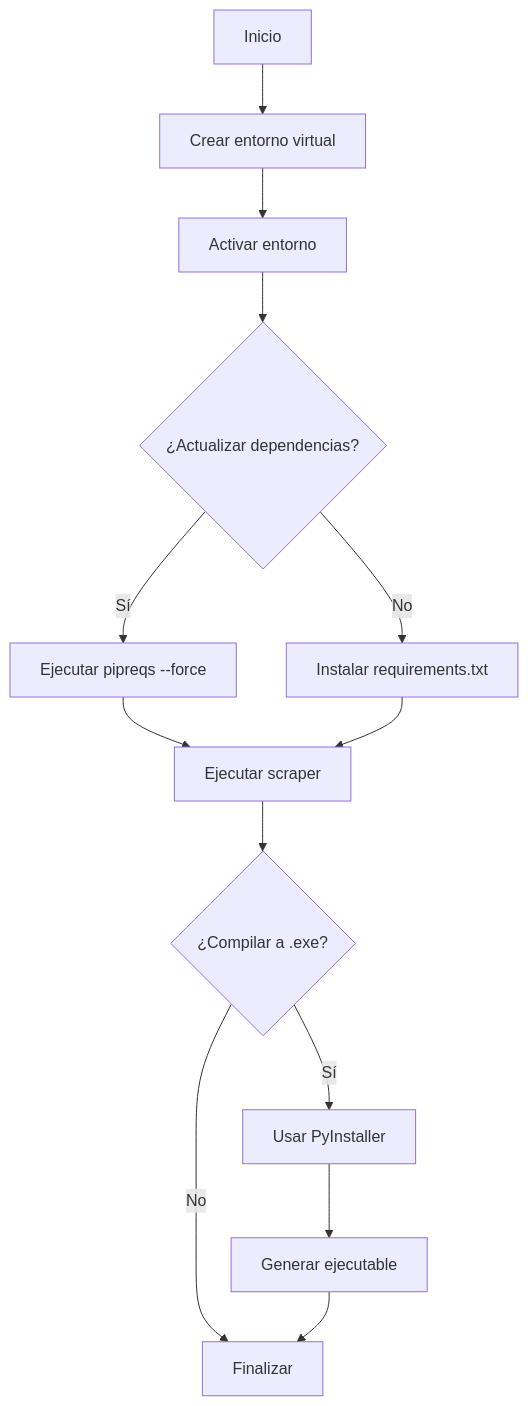
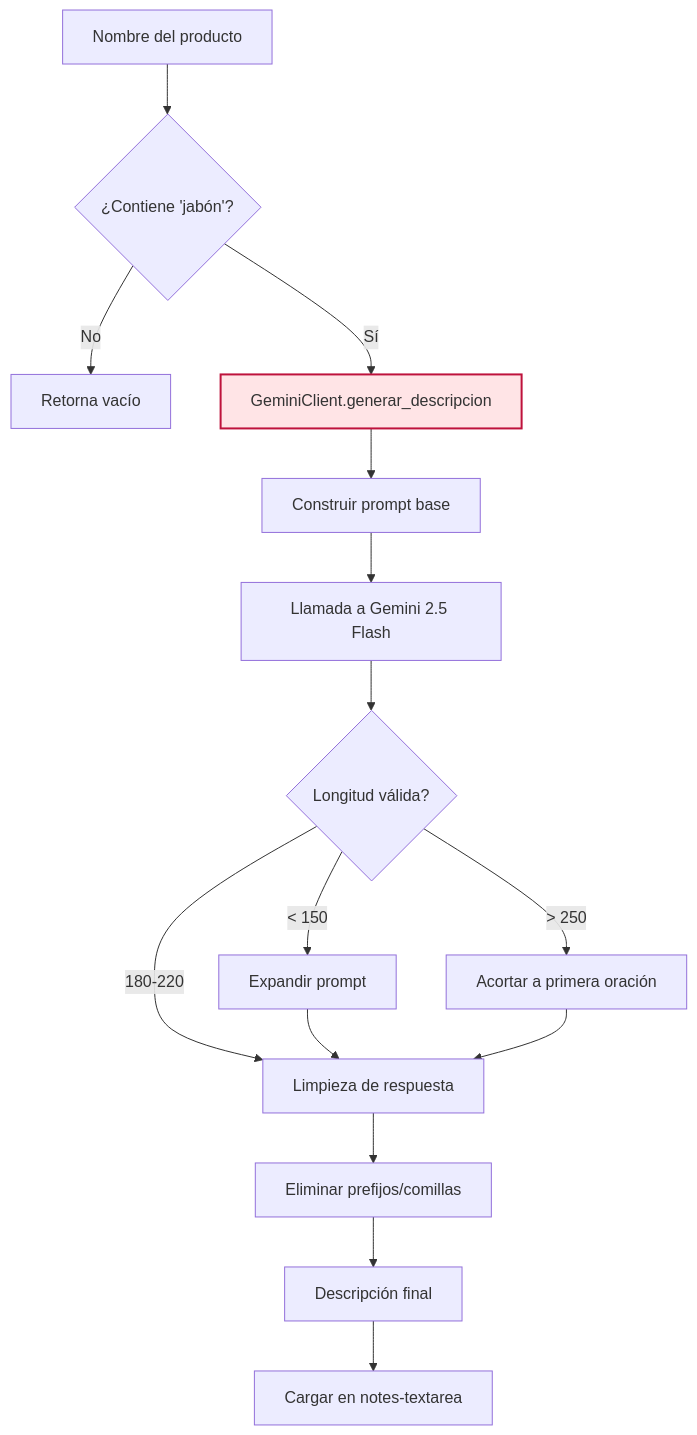
One commit to MartinCiro/creator_banner changed the third of 4 diagrams in README.md. Above: the diagram before and after it, drawn with Mermaid. The commit also changed other lines of this file, not shown here.

````diff
--- a/README.md
+++ b/README.md
@@ -155,15 +247,19 @@
 ```mermaid
 graph TD
-    A[Inicio] --> B[Crear entorno virtual]
-    B --> C[Activar entorno]
-    C --> D{¿Actualizar dependencias?}
-    D -->|Sí| E[Ejecutar pipreqs --force]
-    D -->|No| F[Instalar requirements.txt]
-    E --> G[Ejecutar scraper]
-    F --> G
-    G --> H{¿Compilar a .exe?}
-    H -->|Sí| I[Usar PyInstaller]
-    H -->|No| J[Finalizar]
-    I --> K[Generar ejecutable]
-    K --> J
+    A[Nombre del producto] --> B{¿Contiene 'jabón'?}
+    B -->|No| Z[Retorna vacío]
+    B -->|Sí| C[GeminiClient.generar_descripcion]
+    C --> D[Construir prompt base]
+    D --> E[Llamada a Gemini 2.5 Flash]
+    E --> F{Longitud válida?}
+    F -->|< 150| G[Expandir prompt]
+    F -->|> 250| H[Acortar a primera oración]
+    F -->|180-220| I[Limpieza de respuesta]
+    G --> I
+    H --> I
+    I --> J[Eliminar prefijos/comillas]
+    J --> K[Descripción final]
+    K --> L[Cargar en notes-textarea]
+
+    style C fill:#ffe4e6,stroke:#be123c,stroke-width:2px
 ```
````
